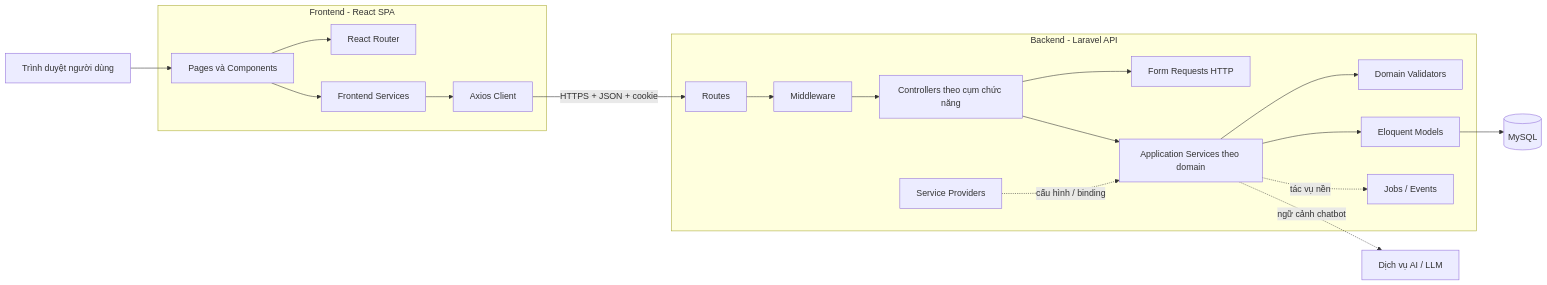
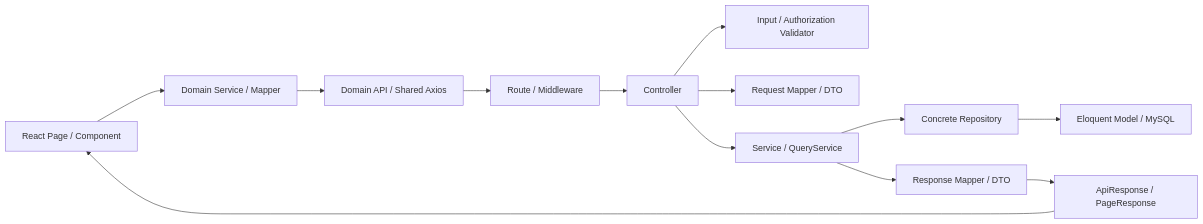
Before and after one commit to HuynhDoHoangNguyen/laravel-react-stayhub: the first of 4 diagrams in ARCHITECTURE.md, drawn with Mermaid. The commit also changed other lines of this file and 61 other files, not shown here.

Commit message:
refactor(architecture): standardize API layers and invoice domain

````diff
--- a/ARCHITECTURE.md
+++ b/ARCHITECTURE.md
@@ -18,40 +18,15 @@
 ```mermaid
 flowchart LR
-    U[Trình duyệt người dùng]
-
-    subgraph FE[Frontend - React SPA]
-        UI[Pages và Components]
-        RT[React Router]
-        FS[Frontend Services]
-        AX[Axios Client]
-    end
-
-    subgraph BE[Backend - Laravel API]
-        R[Routes]
-        MW[Middleware]
-        C[Controllers theo cụm chức năng]
-        FR[Form Requests HTTP]
-        S[Application Services theo domain]
-        V[Domain Validators]
-        P[Service Providers]
-        M[Eloquent Models]
-        Q[Jobs / Events]
-    end
-
-    DB[(MySQL)]
-    LLM[Dịch vụ AI / LLM]
-
-    U --> UI
-    UI --> RT
-    UI --> FS
-    FS --> AX
-    AX -->|HTTPS + JSON + cookie| R
-    R --> MW --> C
-    C --> FR
-    C --> S
-    S --> V
-    S --> M --> DB
-    P -. cấu hình / binding .-> S
-    S -. tác vụ nền .-> Q
-    S -. ngữ cảnh chatbot .-> LLM
+    UI[React Page / Component] --> FS[Domain Service / Mapper]
+    FS --> API[Domain API / Shared Axios]
+    API --> R[Route / Middleware]
+    R --> C[Controller]
+    C --> V[Input / Authorization Validator]
+    C --> D[Request Mapper / DTO]
+    C --> S[Service / QueryService]
+    S --> RP[Concrete Repository]
+    RP --> M[Eloquent Model / MySQL]
+    S --> OUT[Response Mapper / DTO]
+    OUT --> COMMON[ApiResponse / PageResponse]
+    COMMON --> UI
 ```
````
